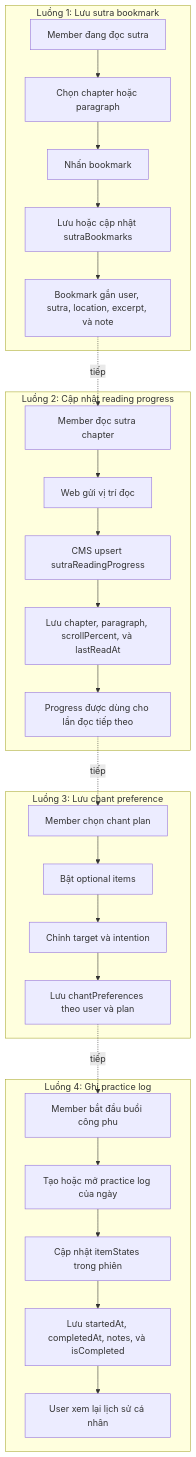
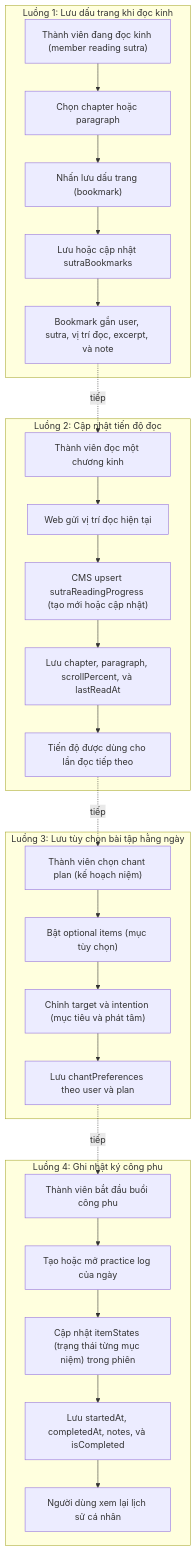
The diagram in design/03-engagement/flows.mmd (QuyenVjp/PMTL_VN), drawn with Mermaid before and after one commit. The commit also changed 52 other files, not shown here.

```diff
--- a/design/03-engagement/flows.mmd
+++ b/design/03-engagement/flows.mmd
@@ -1,31 +1,31 @@
 flowchart TD
-    subgraph Flow1 ["Luồng 1: Lưu sutra bookmark"]
-        E1A["Member đang đọc sutra"] --> E1B["Chọn chapter hoặc paragraph"]
-        E1B --> E1C["Nhấn bookmark"]
+    subgraph Flow1 ["Luồng 1: Lưu dấu trang khi đọc kinh"]
+        E1A["Thành viên đang đọc kinh (member reading sutra)"] --> E1B["Chọn chapter hoặc paragraph"]
+        E1B --> E1C["Nhấn lưu dấu trang (bookmark)"]
         E1C --> E1D["Lưu hoặc cập nhật sutraBookmarks"]
-        E1D --> E1E["Bookmark gắn user, sutra, location, excerpt, và note"]
+        E1D --> E1E["Bookmark gắn user, sutra, vị trí đọc, excerpt, và note"]
     end
 
-    subgraph Flow2 ["Luồng 2: Cập nhật reading progress"]
-        E2A["Member đọc sutra chapter"] --> E2B["Web gửi vị trí đọc"]
-        E2B --> E2C["CMS upsert sutraReadingProgress"]
+    subgraph Flow2 ["Luồng 2: Cập nhật tiến độ đọc"]
+        E2A["Thành viên đọc một chương kinh"] --> E2B["Web gửi vị trí đọc hiện tại"]
+        E2B --> E2C["CMS upsert sutraReadingProgress (tạo mới hoặc cập nhật)"]
         E2C --> E2D["Lưu chapter, paragraph, scrollPercent, và lastReadAt"]
-        E2D --> E2E["Progress được dùng cho lần đọc tiếp theo"]
+        E2D --> E2E["Tiến độ được dùng cho lần đọc tiếp theo"]
     end
 
-    subgraph Flow3 ["Luồng 3: Lưu chant preference"]
-        E3A["Member chọn chant plan"] --> E3B["Bật optional items"]
-        E3B --> E3C["Chỉnh target và intention"]
+    subgraph Flow3 ["Luồng 3: Lưu tùy chọn bài tập hằng ngày"]
+        E3A["Thành viên chọn chant plan (kế hoạch niệm)"] --> E3B["Bật optional items (mục tùy chọn)"]
+        E3B --> E3C["Chỉnh target và intention (mục tiêu và phát tâm)"]
         E3C --> E3D["Lưu chantPreferences theo user và plan"]
     end
 
-    subgraph Flow4 ["Luồng 4: Ghi practice log"]
-        E4A["Member bắt đầu buổi công phu"] --> E4B["Tạo hoặc mở practice log của ngày"]
-        E4B --> E4C["Cập nhật itemStates trong phiên"]
+    subgraph Flow4 ["Luồng 4: Ghi nhật ký công phu"]
+        E4A["Thành viên bắt đầu buổi công phu"] --> E4B["Tạo hoặc mở practice log của ngày"]
+        E4B --> E4C["Cập nhật itemStates (trạng thái từng mục niệm) trong phiên"]
         E4C --> E4D["Lưu startedAt, completedAt, notes, và isCompleted"]
-        E4D --> E4E["User xem lại lịch sử cá nhân"]
+        E4D --> E4E["Người dùng xem lại lịch sử cá nhân"]
     end
 
     E1E -.->|"tiếp"| E2A
     E2E -.->|"tiếp"| E3A
     E3D -.->|"tiếp"| E4A
```
